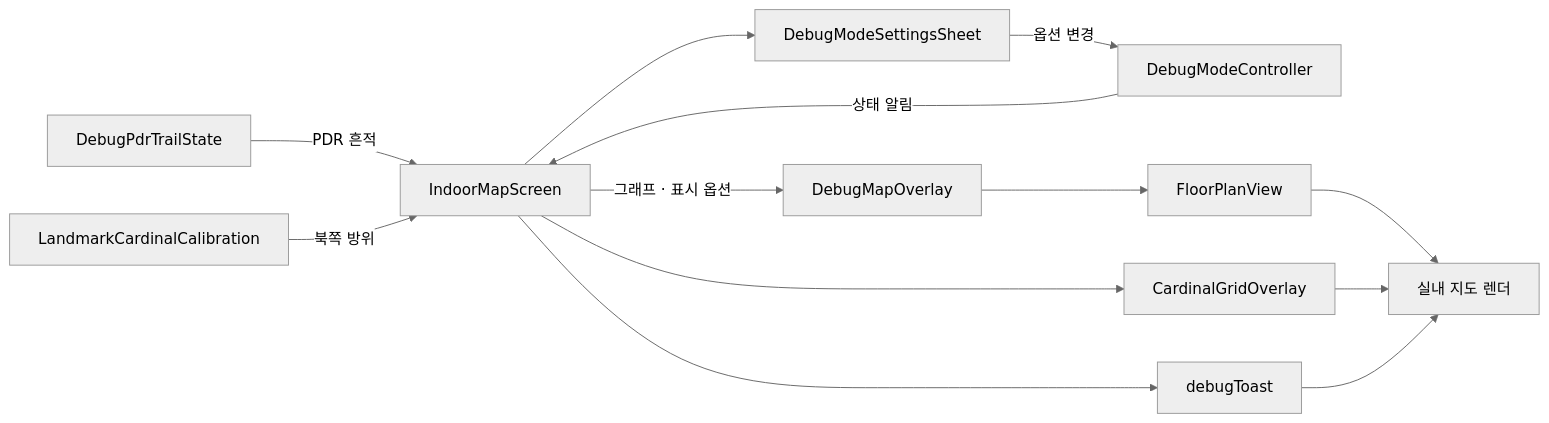
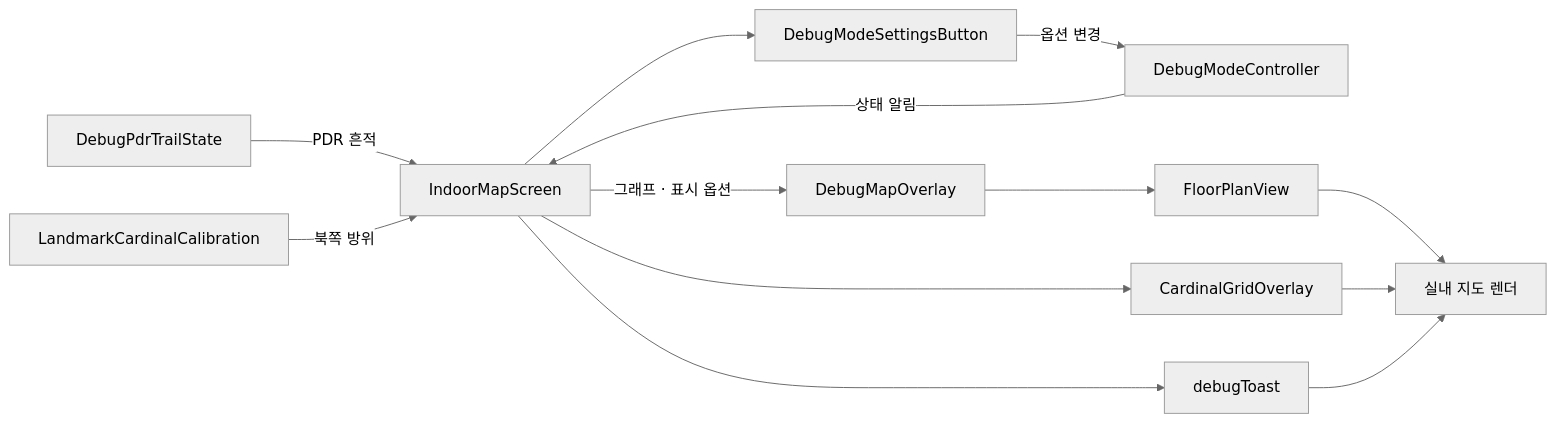
Before and after one commit to Routex-labs/Navigation: the diagram in client/lib/features/debug_mode/README.md, drawn with Mermaid (neutral theme). The commit also changed other lines of this file and 22 other files, not shown here.

````diff
--- a/client/lib/features/debug_mode/README.md
+++ b/client/lib/features/debug_mode/README.md
@@ -22,25 +23,25 @@
 ```mermaid
 flowchart LR
     SCREEN["IndoorMapScreen"]
-    SHEET["DebugModeSettingsSheet"]
+    SHEET["DebugModeSettingsButton"]
     CONTROLLER["DebugModeController"]
     MAP["DebugMapOverlay"]
     GRID["CardinalGridOverlay"]
     TRAIL["DebugPdrTrailState"]
     CAL["LandmarkCardinalCalibration"]
     TOAST["debugToast"]
     VIEW["FloorPlanView"]
     RENDER["실내 지도 렌더"]
 
     SCREEN --> SHEET -->|"옵션 변경"| CONTROLLER
     CONTROLLER -->|"상태 알림"| SCREEN
     TRAIL -->|"PDR 흔적"| SCREEN
     CAL -->|"북쪽 방위"| SCREEN
     SCREEN -->|"그래프 · 표시 옵션"| MAP
     MAP --> VIEW
     SCREEN --> GRID
     SCREEN --> TOAST
     VIEW --> RENDER
     GRID --> RENDER
     TOAST --> RENDER
 ```
````
